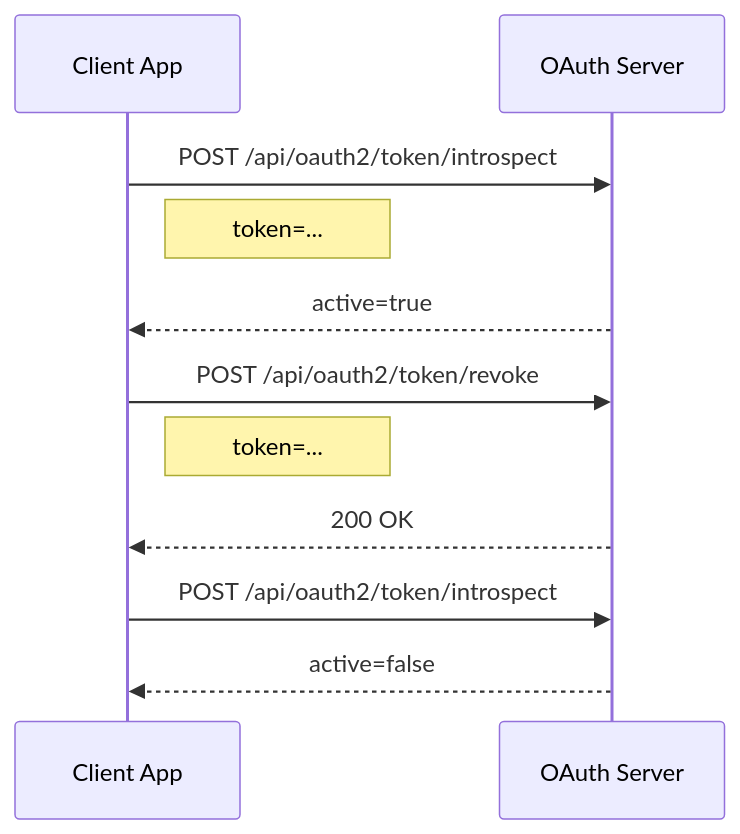
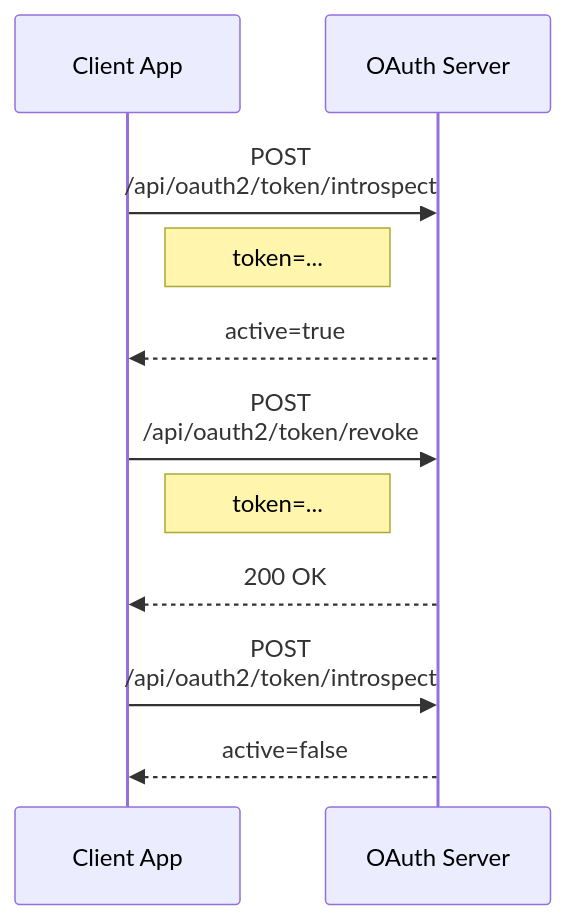
Before and after one commit to DevSkyLex/fireguard-api: the fourth of 5 diagrams in src/OAuth/MODULE.md, drawn with Mermaid. The commit also changed other lines of this file and 22 other files, not shown here.

Commit message:
docs: repair and explain Mermaid workflow diagrams

````diff
--- a/src/OAuth/MODULE.md
+++ b/src/OAuth/MODULE.md
@@ -210,14 +225,19 @@
 ```mermaid
+---
+config:
+  sequence:
+    wrap: true
+---
 sequenceDiagram
     participant C as Client App
     participant A as OAuth Server
 
     C->>A: POST /api/oauth2/token/introspect
     Note right of C: token=...
     A-->>C: active=true
     C->>A: POST /api/oauth2/token/revoke
     Note right of C: token=...
     A-->>C: 200 OK
     C->>A: POST /api/oauth2/token/introspect
     A-->>C: active=false
 ```
````
